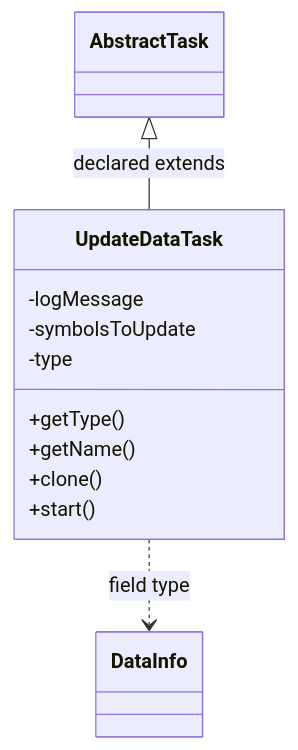
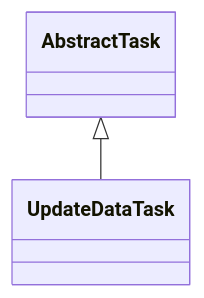
Before and after one commit to haruperi/HaruQuantAI: the diagram in docs/sqx/CustomProjects/TaskUpdateData.md, drawn with Mermaid. The commit also changed other lines of this file and 1688 other files, not shown here.

````diff
--- a/docs/sqx/CustomProjects/TaskUpdateData.md
+++ b/docs/sqx/CustomProjects/TaskUpdateData.md
@@ -30,16 +26,6 @@
 ```mermaid
 classDiagram
-    class C6500c8ac9302["UpdateDataTask"] {
-        -logMessage
-        -symbolsToUpdate
-        -type
-        +getType()
-        +getName()
-        +clone()
-        +start()
-    }
-    class C507ddf99c601["DataInfo"]
-    class Ce44d386802cb["AbstractTask"]
-    Ce44d386802cb <|-- C6500c8ac9302 : declared extends
-    C6500c8ac9302 ..> C507ddf99c601 : field type
+    class C0["UpdateDataTask"]
+    class E0["AbstractTask"]
+    E0 <|-- C0
 ```
````
